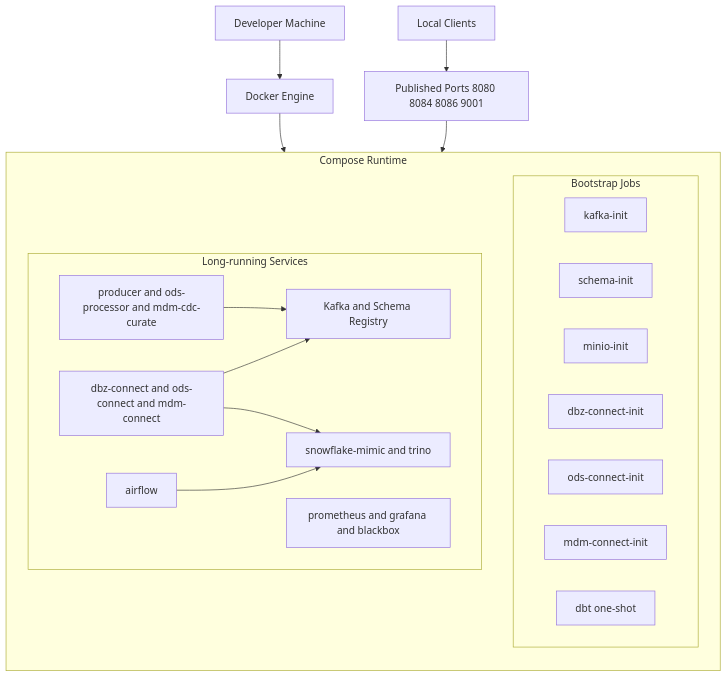
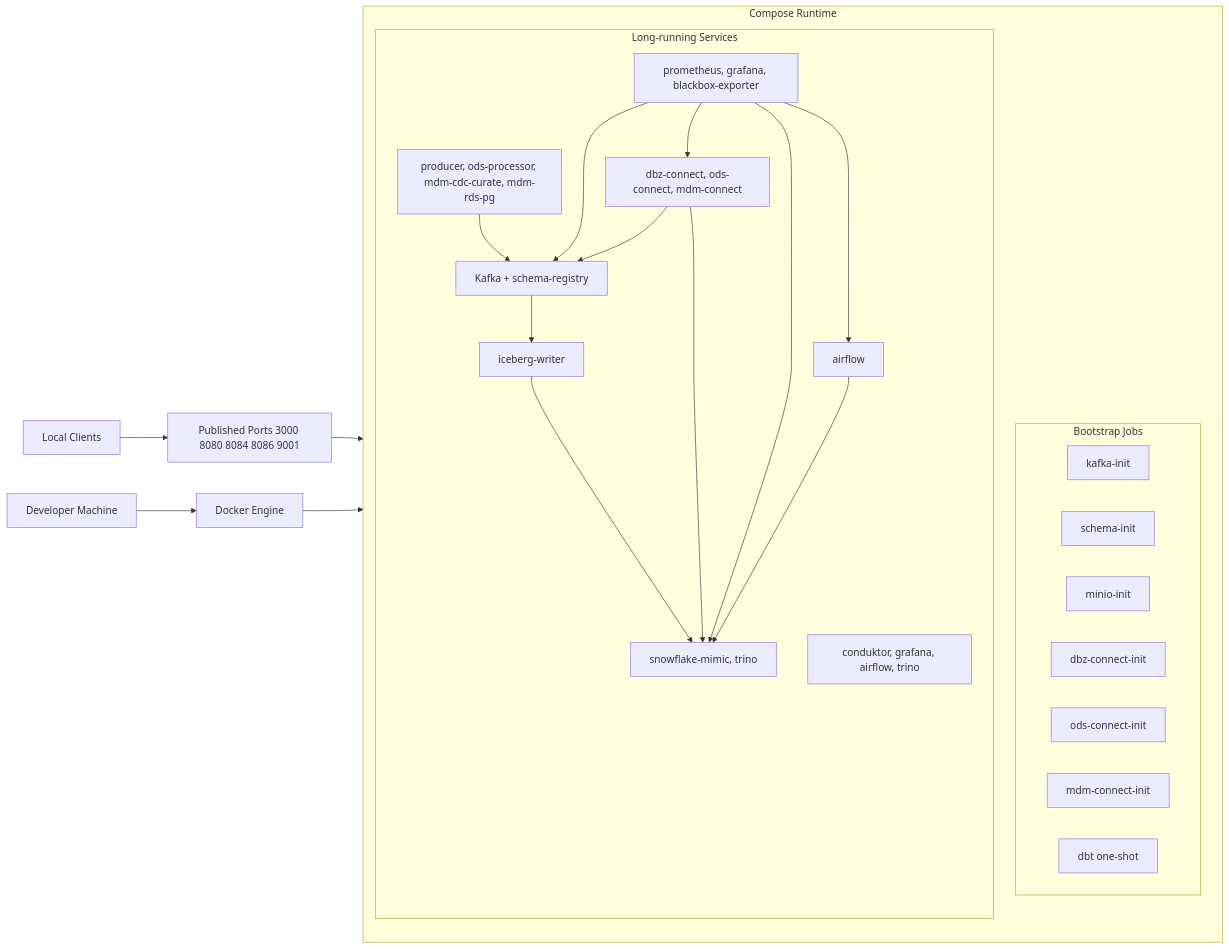
One commit to paulchen8206/Full-Stack-Modern-Data-Architecture-and-Engineering changed the first of 2 diagrams in docs/deployment.md. Above: the diagram before and after it, drawn with Mermaid. The commit also changed other lines of this file and 18 other files, not shown here.

````diff
--- a/docs/deployment.md
+++ b/docs/deployment.md
@@ -162,35 +159,43 @@
 ```mermaid
-flowchart TB
+flowchart LR
   DEV[Developer Machine] --> DOCKER[Docker Engine]
 
   subgraph STACK[Compose Runtime]
     direction TB
     subgraph BOOTSTRAP[Bootstrap Jobs]
       KI[kafka-init]
       SI[schema-init]
       MI[minio-init]
       DI[dbz-connect-init]
       OI[ods-connect-init]
       MCI[mdm-connect-init]
       DBTJ[dbt one-shot]
     end
 
     subgraph CORE[Long-running Services]
-      KAFKA[Kafka and Schema Registry]
-      CONNECT[dbz-connect and ods-connect and mdm-connect]
-      APPS[producer and ods-processor and mdm-cdc-curate]
-      WAREHOUSE[snowflake-mimic and trino]
+      KAFKA[Kafka + schema-registry]
+      CONNECT[dbz-connect, ods-connect, mdm-connect]
+      APPS[producer, ods-processor, mdm-cdc-curate, mdm-rds-pg]
+      WAREHOUSE[snowflake-mimic, trino]
+      LAKE[iceberg-writer]
       ORCH[airflow]
-      OBS[prometheus and grafana and blackbox]
+      OBS[prometheus, grafana, blackbox-exporter]
+      UIs[conduktor, grafana, airflow, trino]
     end
   end
 
   DOCKER --> STACK
   APPS --> KAFKA
   CONNECT --> KAFKA
   CONNECT --> WAREHOUSE
+  KAFKA --> LAKE
+  LAKE --> WAREHOUSE
   ORCH --> WAREHOUSE
+  OBS --> KAFKA
+  OBS --> CONNECT
+  OBS --> WAREHOUSE
+  OBS --> ORCH
 
-  CLIENTS[Local Clients] --> PORTS[Published Ports 8080 8084 8086 9001]
-  PORTS --> CORE
+  CLIENTS[Local Clients] --> PORTS[Published Ports 3000 8080 8084 8086 9001]
+  PORTS --> UIs
 ```
````
